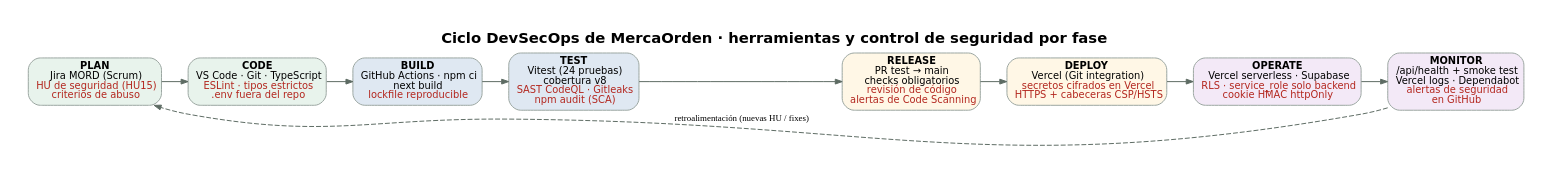
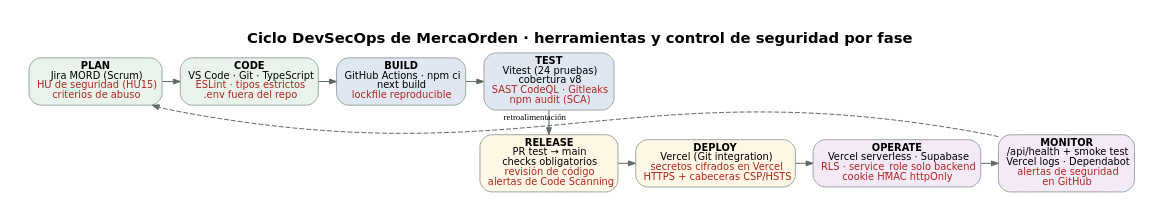
The diagram in docs/devsecops.dot (Margarita991624/pfc3), drawn with Graphviz before and after one commit. The commit also changed 1 other file, not shown here.

```diff
--- a/docs/devsecops.dot
+++ b/docs/devsecops.dot
@@ -1,16 +1,20 @@
 digraph D {
-  rankdir=LR; fontname="DejaVu Sans"; pad=0.3; nodesep=0.25; ranksep=0.35;
+  rankdir=TB; newrank=true; fontname="DejaVu Sans"; pad=0.3; nodesep=0.25; ranksep=0.35;
   node [fontname="DejaVu Sans", fontsize=10, shape=box, style="rounded,filled", color="#9aa5a0"];
   edge [color="#5d6b63", arrowsize=.7];
   label=<<b>Ciclo DevSecOps de MercaOrden · herramientas y control de seguridad por fase</b>>; labelloc=t; fontsize=15;
   plan [label=<<b>PLAN</b><br/>Jira MORD (Scrum)<br/><font color="#b3261e">HU de seguridad (HU15)<br/>criterios de abuso</font>>, fillcolor="#e8f3ec"];
   code [label=<<b>CODE</b><br/>VS Code · Git · TypeScript<br/><font color="#b3261e">ESLint · tipos estrictos<br/>.env fuera del repo</font>>, fillcolor="#e8f3ec"];
   build [label=<<b>BUILD</b><br/>GitHub Actions · npm ci<br/>next build<br/><font color="#b3261e">lockfile reproducible</font>>, fillcolor="#dfe8f2"];
   test [label=<<b>TEST</b><br/>Vitest (24 pruebas)<br/>cobertura v8<br/><font color="#b3261e">SAST CodeQL · Gitleaks<br/>npm audit (SCA)</font>>, fillcolor="#dfe8f2"];
   release [label=<<b>RELEASE</b><br/>PR test → main<br/>checks obligatorios<br/><font color="#b3261e">revisión de código<br/>alertas de Code Scanning</font>>, fillcolor="#fff7e6"];
   deploy [label=<<b>DEPLOY</b><br/>Vercel (Git integration)<br/><font color="#b3261e">secretos cifrados en Vercel<br/>HTTPS + cabeceras CSP/HSTS</font>>, fillcolor="#fff7e6"];
   operate [label=<<b>OPERATE</b><br/>Vercel serverless · Supabase<br/><font color="#b3261e">RLS · service_role solo backend<br/>cookie HMAC httpOnly</font>>, fillcolor="#f3e9f7"];
   monitor [label=<<b>MONITOR</b><br/>/api/health + smoke test<br/>Vercel logs · Dependabot<br/><font color="#b3261e">alertas de seguridad<br/>en GitHub</font>>, fillcolor="#f3e9f7"];
-  plan -> code -> build -> test -> release -> deploy -> operate -> monitor;
-  monitor -> plan [constraint=false, style=dashed, label="  retroalimentación (nuevas HU / fixes)", fontsize=9];
+  {rank=same; plan; code; build; test;}
+  {rank=same; release; deploy; operate; monitor;}
+  plan -> code -> build -> test;
+  test -> release;
+  release -> deploy -> operate -> monitor;
+  monitor -> plan [style=dashed, constraint=false, xlabel="retroalimentación", fontsize=9];
 }
```
